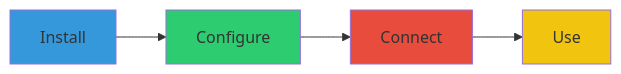
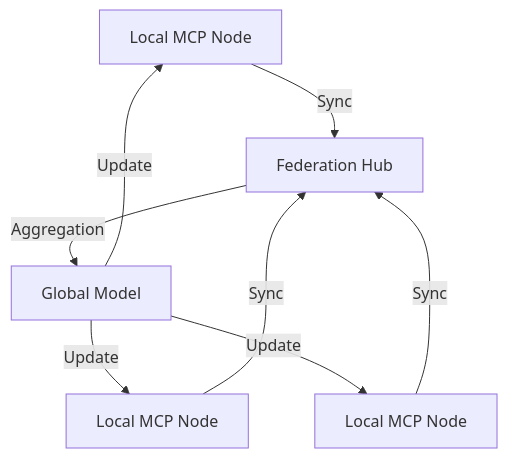
Before and after one commit to ManoharKonala/MCP-Server: the diagram in MCP-Servers-Overview.md, drawn with Mermaid. The commit also changed other lines of this file, not shown here.

````diff
--- a/MCP-Servers-Overview.md
+++ b/MCP-Servers-Overview.md
@@ -303,10 +173,10 @@
-```mermaid
-graph LR
-    A[Install] --> B[Configure]
-    B --> C[Connect]
-    C --> D[Use]
-    style A fill:#3498db
-    style B fill:#2ecc71
-    style C fill:#e74c3c
-    style D fill:#f1c40f
-```
+  ```mermaid
+  graph TD
+    A[Local MCP Node] -->|Sync| B[Federation Hub]
+    C[Local MCP Node] -->|Sync| B
+    D[Local MCP Node] -->|Sync| B
+    B -->|Aggregation| E[Global Model]
+    E -->|Update| A
+    E -->|Update| C
+    E -->|Update| D
+  ```
````
